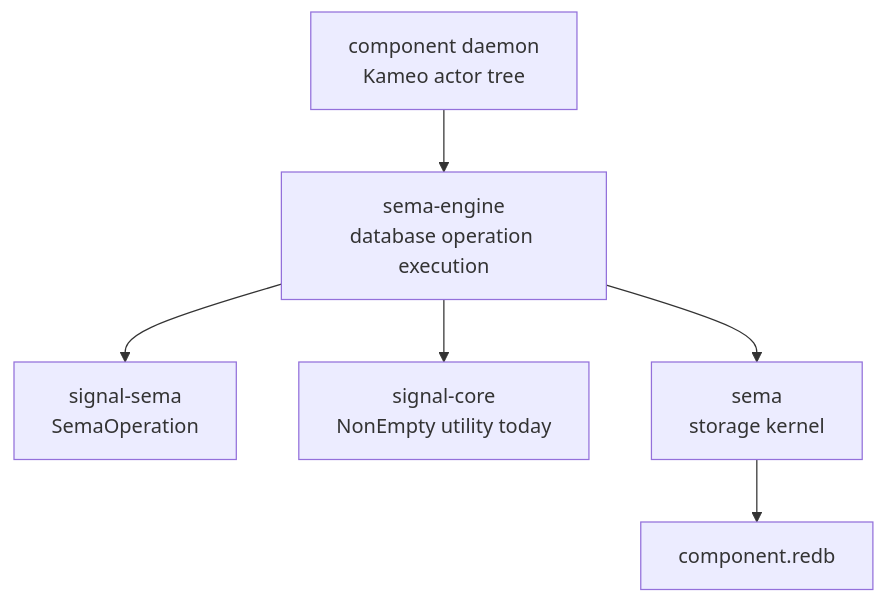
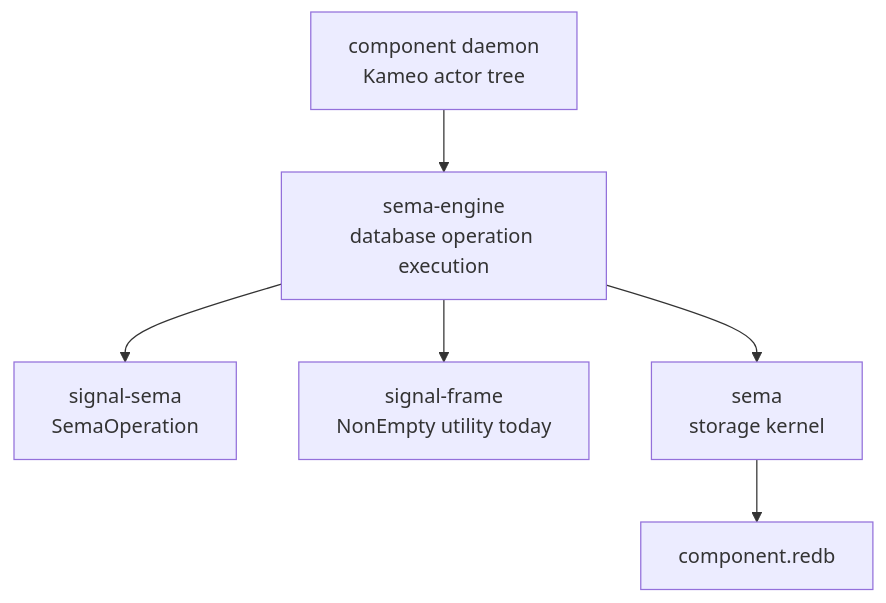
One commit to LiGoldragon/sema-engine changed the diagram in ARCHITECTURE.md. Above: the diagram before and after it, drawn with Mermaid. The commit also changed other lines of this file, not shown here.

Commit message:
ARCHITECTURE: boundary diagram dep-name signal-core → signal-frame per second-designer/163 §8 audit

````diff
--- a/ARCHITECTURE.md
+++ b/ARCHITECTURE.md
@@ -106,15 +106,15 @@
 ```mermaid
 flowchart TD
     signal_sema["signal-sema<br/>SemaOperation"]
-    signal_core["signal-core<br/>NonEmpty utility today"]
+    signal_frame["signal-frame<br/>NonEmpty utility today"]
     sema["sema<br/>storage kernel"]
     engine["sema-engine<br/>database operation execution"]
     component["component daemon<br/>Kameo actor tree"]
     database["component.redb"]
 
     engine --> sema
     engine --> signal_sema
-    engine --> signal_core
+    engine --> signal_frame
     component --> engine
     sema --> database
 ```
````
